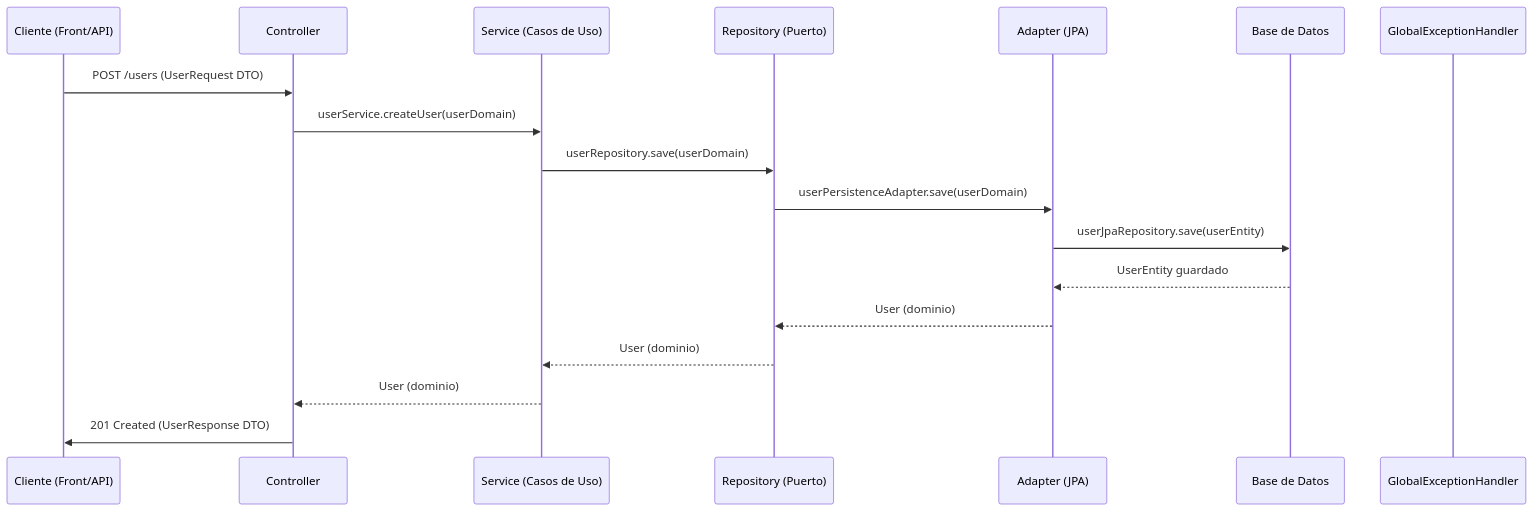
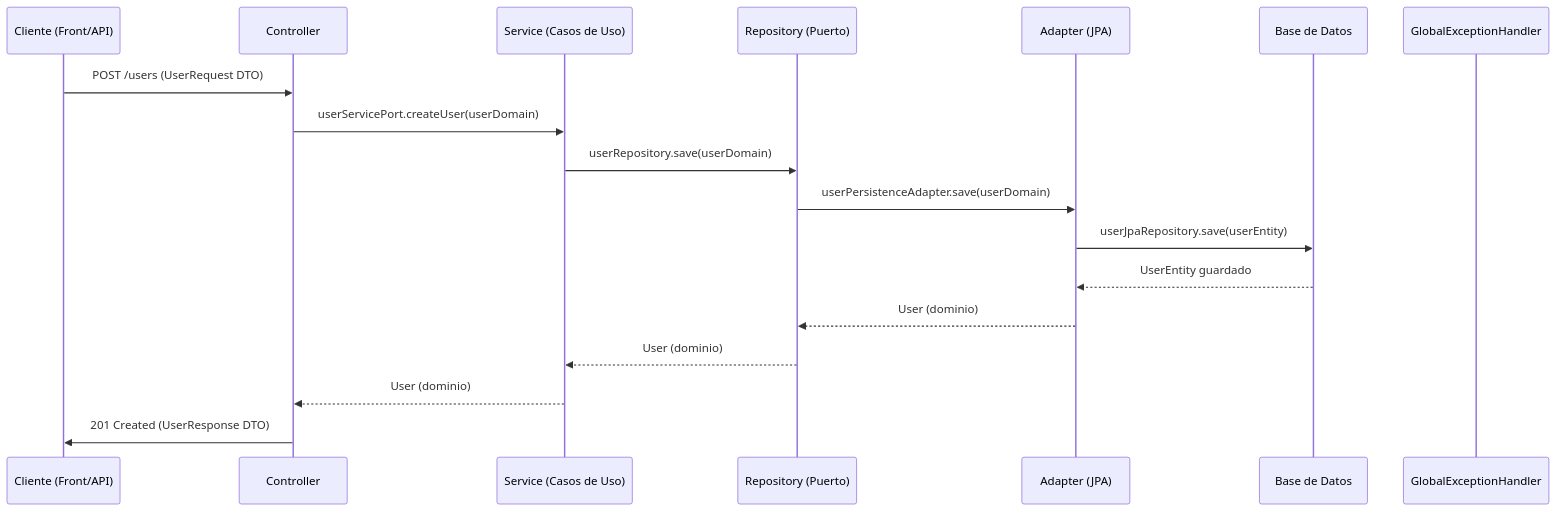
Before and after one commit to DRTX2/ecomerce: the diagram in Docs/flow-hexagonal_and_ddd.md, drawn with Mermaid. The commit also changed other lines of this file and 1 other file, not shown here.

````diff
--- a/Docs/flow-hexagonal_and_ddd.md
+++ b/Docs/flow-hexagonal_and_ddd.md
@@ -7,21 +7,21 @@
 ```mermaid
 sequenceDiagram
     participant Client as Cliente (Front/API)
     participant Controller as Controller
     participant Service as Service (Casos de Uso)
     participant Repository as Repository (Puerto)
     participant Adapter as Adapter (JPA)
     participant DB as Base de Datos
     participant ExceptionHandler as GlobalExceptionHandler
 
     Client->>Controller: POST /users (UserRequest DTO)
-    Controller->>Service: userService.createUser(userDomain)
+    Controller->>Service: userServicePort.createUser(userDomain)
     Service->>Repository: userRepository.save(userDomain)
     Repository->>Adapter: userPersistenceAdapter.save(userDomain)
     Adapter->>DB: userJpaRepository.save(userEntity)
     DB-->>Adapter: UserEntity guardado
     Adapter-->>Repository: User (dominio)
     Repository-->>Service: User (dominio)
     Service-->>Controller: User (dominio)
     Controller->>Client: 201 Created (UserResponse DTO)
 ```
````
